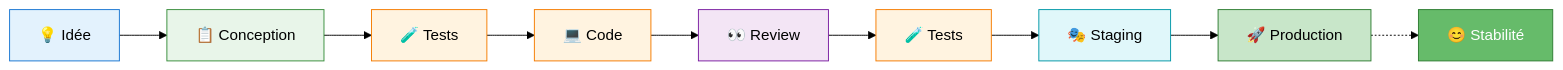
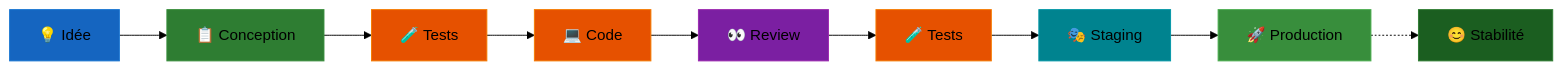
The third of 3 diagrams in src/content/docs/annexes/difficultes.mdx (mindlet-app/docs), drawn with Mermaid (forest theme) before and after one commit. The commit also changed other lines of this file and 17 other files, not shown here.

First line of the commit message:
feat: Update Mermaid diagrams and enhance documentation clarity

````diff
--- a/src/content/docs/annexes/difficultes.mdx
+++ b/src/content/docs/annexes/difficultes.mdx
@@ -269,21 +269,21 @@
 ```mermaid
 flowchart LR
     A["💡 Idée"] --> B["📋 Conception"]
     B --> C["🧪 Tests"]
     C --> D["💻 Code"]
     D --> E["👀 Review"]
     E --> F["🧪 Tests"]
     F --> G["🎭 Staging"]
     G --> H["🚀 Production"]
     H -.-> I["😊 Stabilité"]
     
-    style A fill:#e3f2fd,stroke:#1976d2
-    style B fill:#e8f5e9,stroke:#388e3c
-    style C fill:#fff3e0,stroke:#f57c00
-    style D fill:#fff3e0,stroke:#f57c00
-    style E fill:#f3e5f5,stroke:#7b1fa2
-    style F fill:#fff3e0,stroke:#f57c00
-    style G fill:#e0f7fa,stroke:#0097a7
-    style H fill:#c8e6c9,stroke:#2e7d32
-    style I fill:#66bb6a,stroke:#2e7d32,color:#fff
+    style A fill:#1565c0,stroke:#1976d2
+    style B fill:#2e7d32,stroke:#388e3c
+    style C fill:#e65100,stroke:#f57c00
+    style D fill:#e65100,stroke:#f57c00
+    style E fill:#7b1fa2,stroke:#9c27b0
+    style F fill:#e65100,stroke:#f57c00
+    style G fill:#00838f,stroke:#0097a7
+    style H fill:#388e3c,stroke:#4caf50
+    style I fill:#1b5e20,stroke:#2e7d32
 ```
````
